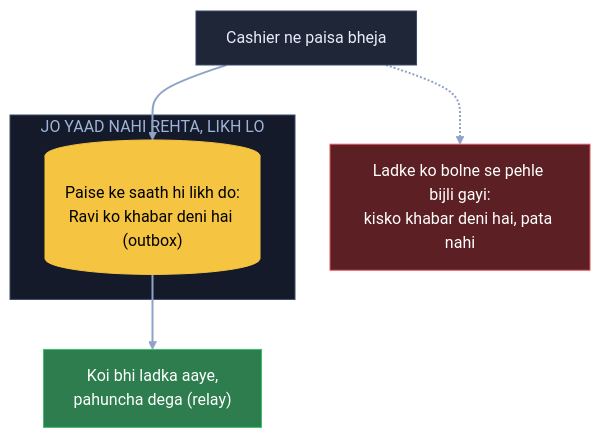
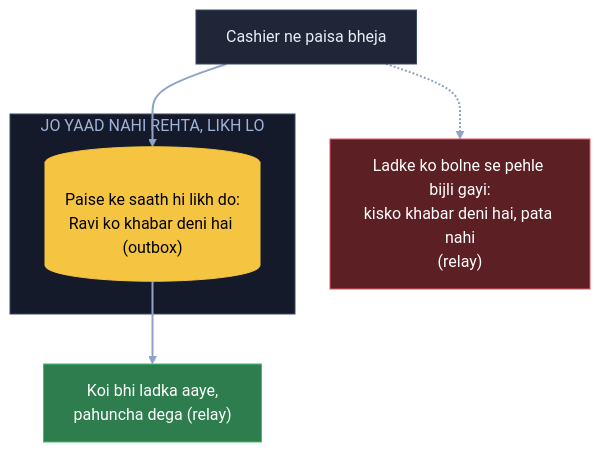
One commit to ArpanMaheshwari144/Prep changed the fifth of 22 diagrams in 04_HLD/SYSTEM_DESIGNS/13_banking_system/13_banking_system.md. Above: the diagram before and after it, drawn with Mermaid (base theme). The commit also changed other lines of this file and 22 other files, not shown here.

Commit message:
Diagram: sirf kahani ke dohraaye shabd pe bracket, us jagah notes wala matlab (207 label)

````diff
--- a/04_HLD/SYSTEM_DESIGNS/13_banking_system/13_banking_system.md
+++ b/04_HLD/SYSTEM_DESIGNS/13_banking_system/13_banking_system.md
@@ -226,18 +226,18 @@
 ```mermaid
 flowchart TB
     C["Cashier ne paisa bheja"]:::card
-    X["Ladke ko bolne se pehle bijli gayi:<br/>kisko khabar deni hai, pata nahi"]:::bad
+    X["Ladke ko bolne se pehle bijli gayi:<br/>kisko khabar deni hai, pata nahi<br/>(relay)"]:::bad
     subgraph LK["JO YAAD NAHI REHTA, LIKH LO"]
         O[("Paise ke saath hi likh do:<br/>Ravi ko khabar deni hai (outbox)")]:::pill
     end
     L["Koi bhi ladka aaye,<br/>pahuncha dega (relay)"]:::good
     C --> O
     C -.-> X
     O --> L
     linkStyle default stroke:#8fa3c7,stroke-width:2px
     classDef card fill:#1e2638,stroke:#3a4a6b,color:#e8ecf5
     classDef pill fill:#f5c542,stroke:#f5c542,color:#000
     classDef good fill:#2e7d4f,stroke:#3fbf6f,color:#fff
     classDef bad fill:#5c1f24,stroke:#e05561,color:#fff
     style LK fill:#141a29,stroke:#3a4a6b,color:#9fb3d9
 ```
````
